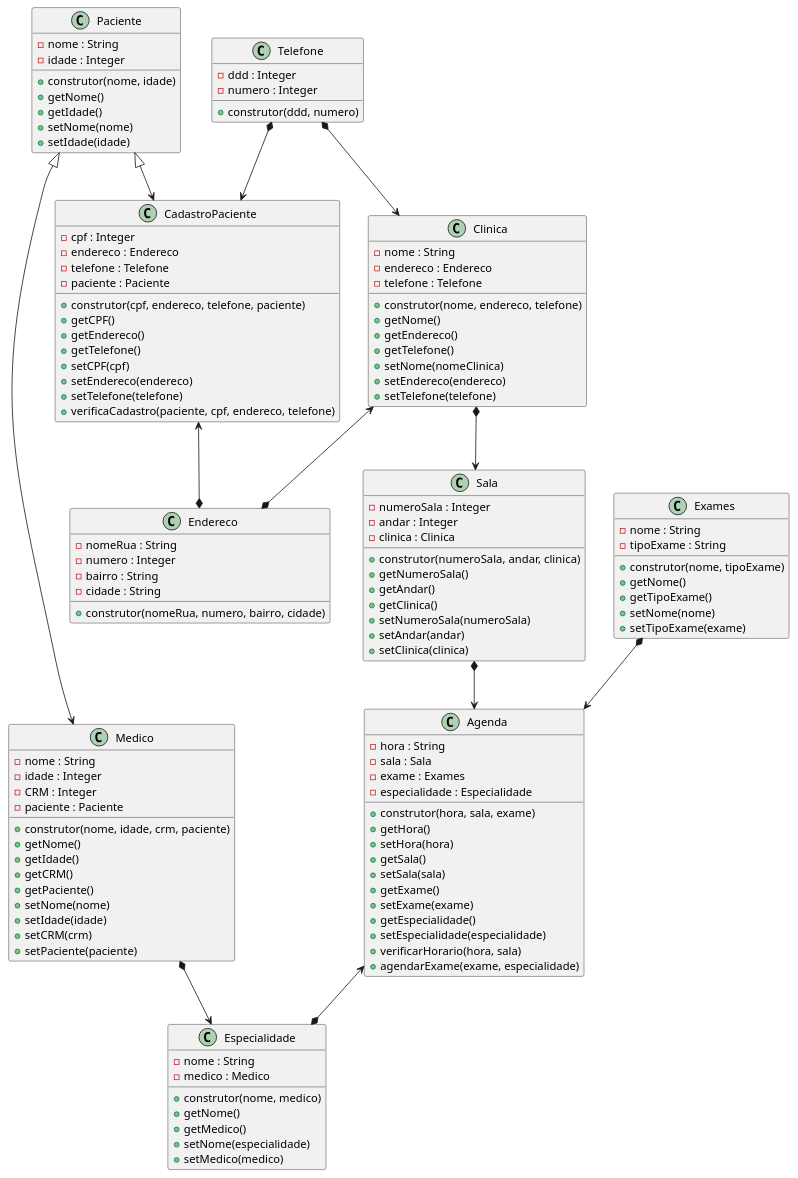
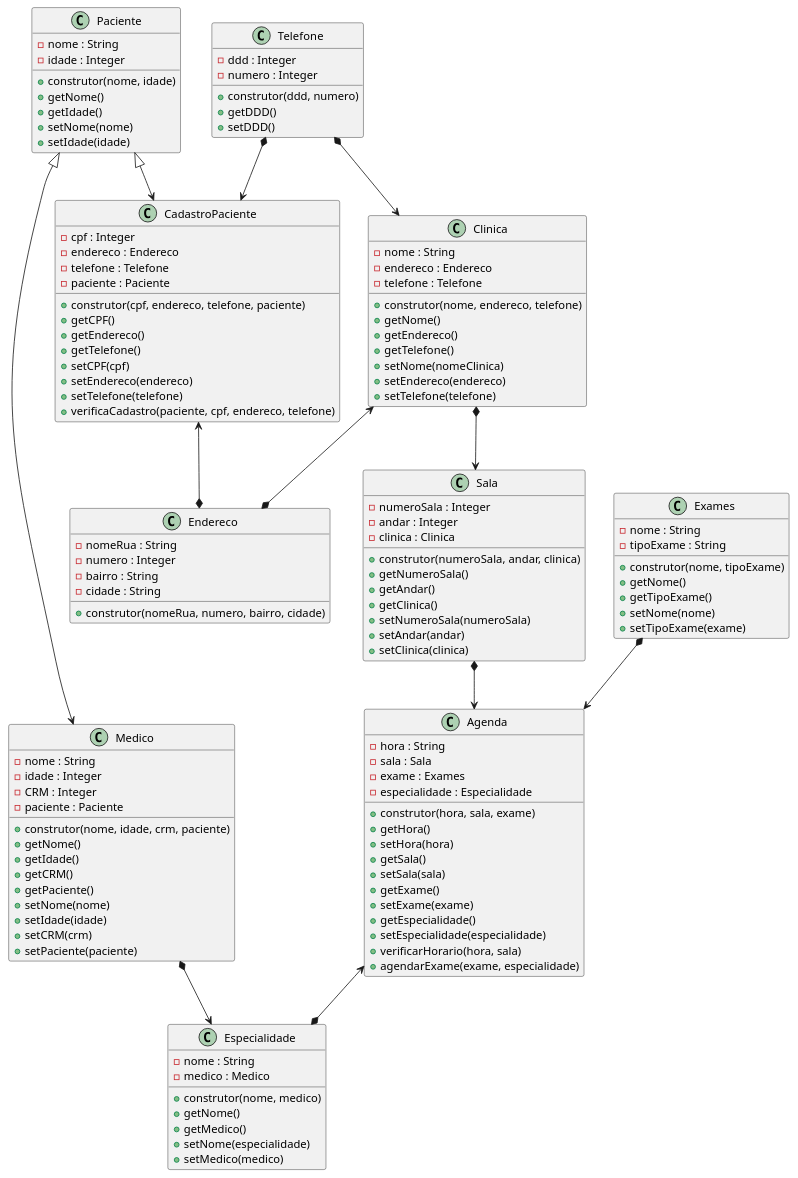
Before and after one commit to anleaes/2022-1-N2-POO-03: the diagram in diagrama.plantuml, drawn with PlantUML.

Commit message:
criado get e set de DDD na classe telefone

```diff
--- a/diagrama.plantuml
+++ b/diagrama.plantuml
@@ -1,134 +1,136 @@
 @startuml Gerenciamento de Exames Medicos
 
     class Agenda{
         - hora : String
         - sala : Sala
         - exame : Exames
         - especialidade : Especialidade
         + construtor(hora, sala, exame)
         + getHora()
         + setHora(hora)
         + getSala()
         + setSala(sala)
         + getExame()
         + setExame(exame)
         + getEspecialidade()
         + setEspecialidade(especialidade)
         + verificarHorario(hora, sala)
         + agendarExame(exame, especialidade)
     }
 
     class Paciente{
         - nome : String
         - idade : Integer
         + construtor(nome, idade)
         + getNome()
         + getIdade()
         + setNome(nome)
         + setIdade(idade)
     }
 
     class CadastroPaciente{
         - cpf : Integer
         - endereco : Endereco
         - telefone : Telefone
         - paciente : Paciente
         + construtor(cpf, endereco, telefone, paciente)
         + getCPF()
         + getEndereco()
         + getTelefone()
         + setCPF(cpf)
         + setEndereco(endereco)
         + setTelefone(telefone)
         + verificaCadastro(paciente, cpf, endereco, telefone)
     }
 
     class Medico{
         - nome : String
         - idade : Integer
         - CRM : Integer
         - paciente : Paciente
         + construtor(nome, idade, crm, paciente)
         + getNome()
         + getIdade()
         + getCRM()
         + getPaciente()
         + setNome(nome)
         + setIdade(idade)
         + setCRM(crm)
         + setPaciente(paciente)
     }
 
     class Exames{
         - nome : String
         - tipoExame : String
         + construtor(nome, tipoExame)
         + getNome()
         + getTipoExame()
         + setNome(nome)
         + setTipoExame(exame)
     }
 
     class Especialidade{
         - nome : String
         - medico : Medico
         + construtor(nome, medico)
         + getNome()
         + getMedico()
         + setNome(especialidade)
         + setMedico(medico)
     }
 
     class Clinica{
         - nome : String
         - endereco : Endereco
         - telefone : Telefone
         + construtor(nome, endereco, telefone)
         + getNome()
         + getEndereco()
         + getTelefone()
         + setNome(nomeClinica)
         + setEndereco(endereco)
         + setTelefone(telefone)
     }
 
     class Sala{
         - numeroSala : Integer
         - andar : Integer
         - clinica : Clinica
         + construtor(numeroSala, andar, clinica)
         + getNumeroSala()
         + getAndar()
         + getClinica()
         + setNumeroSala(numeroSala)
         + setAndar(andar)
         + setClinica(clinica)
     }
 
     class Endereco{
         - nomeRua : String
         - numero : Integer
         - bairro : String
         - cidade : String
         + construtor(nomeRua, numero, bairro, cidade)
     }
 
     class Telefone{
         - ddd : Integer
         - numero : Integer
         + construtor(ddd, numero)
+        + getDDD()
+        + setDDD()
     }
 
     Paciente <|--> CadastroPaciente
     Paciente <|--> Medico
     Medico *--> Especialidade
     Exames *--> Agenda
     Sala *--> Agenda
     Agenda <--* Especialidade
     Clinica *--> Sala
     Clinica <--* Endereco
     CadastroPaciente <--* Endereco
     Telefone *--> Clinica
     Telefone *--> CadastroPaciente
 
 @enduml
```
